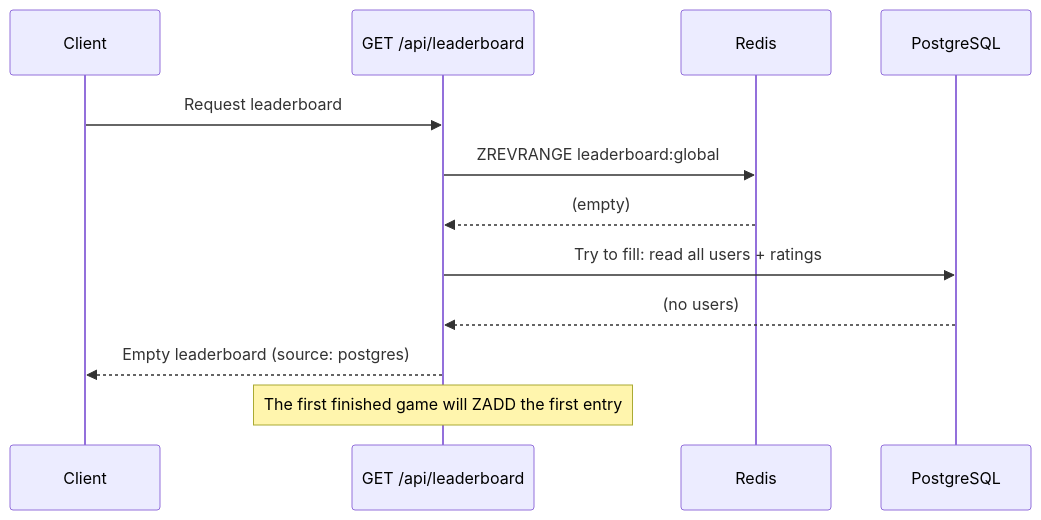
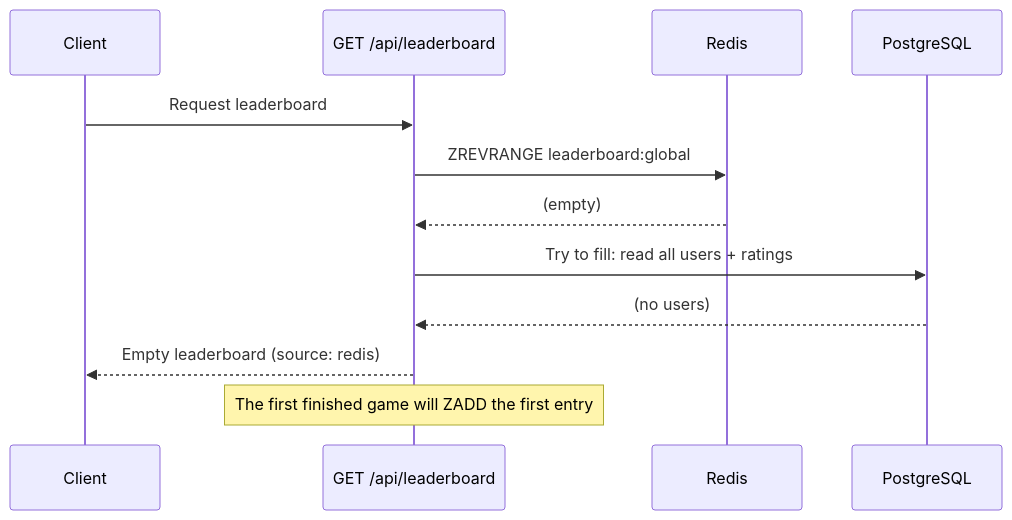
Before and after one commit to JaxzTan/ft_transcendence: the third of 6 diagrams in docs/backend/backend-leaderboard-module.md, drawn with Mermaid. The commit also changed other lines of this file and 14 other files, not shown here.

Commit message:
Refactor: Removed Leaderboard snapshot to Postgres

````diff
--- a/docs/backend/backend-leaderboard-module.md
+++ b/docs/backend/backend-leaderboard-module.md
@@ -157,15 +153,15 @@
 ```mermaid
 sequenceDiagram
     participant Client
     participant API as GET /api/leaderboard
     participant R as Redis
     participant DB as PostgreSQL
 
     Client->>API: Request leaderboard
     API->>R: ZREVRANGE leaderboard:global
     R-->>API: (empty)
     API->>DB: Try to fill: read all users + ratings
     DB-->>API: (no users)
-    API-->>Client: Empty leaderboard (source: postgres)
+    API-->>Client: Empty leaderboard (source: redis)
     Note over API: The first finished game will ZADD the first entry
 ```
````
